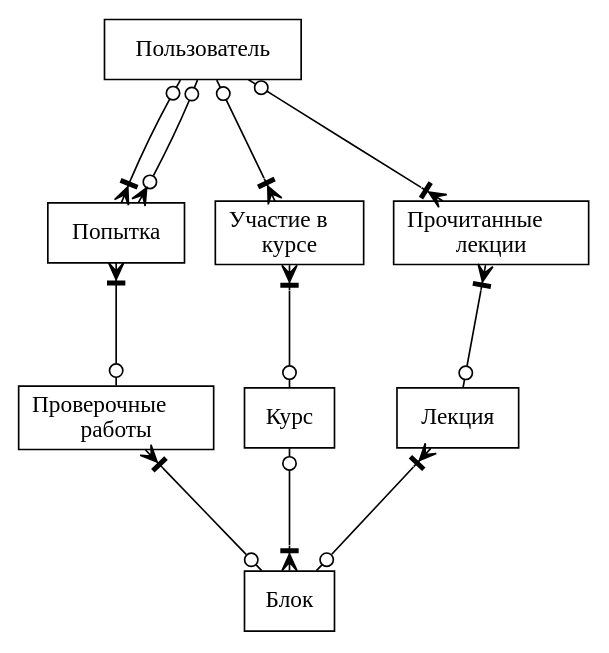
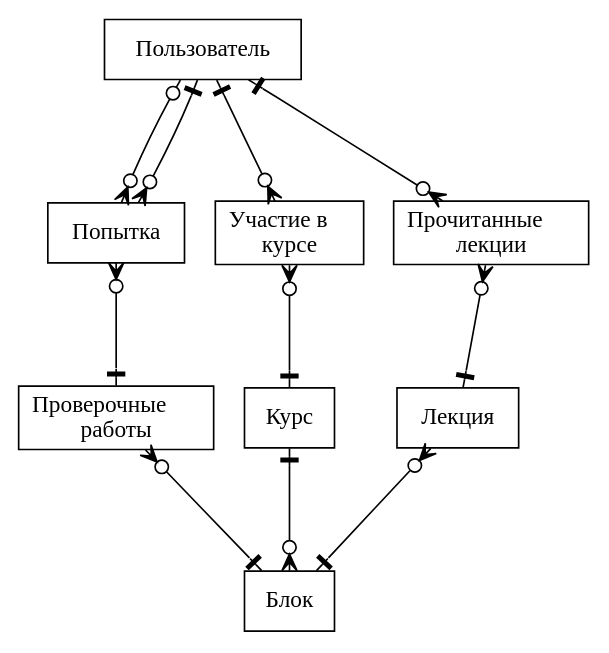
The diagram in Text/schemas/RDB.dot (AsciiShell/DB_project), drawn with Graphviz before and after one commit. The commit also changed 1 other file, not shown here.

```diff
--- a/Text/schemas/RDB.dot
+++ b/Text/schemas/RDB.dot
@@ -1,27 +1,27 @@
 digraph ERD {
   ranksep=1;
 
   User [ label="{<F> Пользователь}" shape = "record" ];
   Course [ label="{<F> Курс}" shape = "record" ];
   Block [ label="{<F> Блок}" shape = "record" ];
   Task [ label="{<F> Проверочные\l работы}" shape = "record" ];
   Solution [ label="{<F> Попытка}" shape = "record" ];
   Lecture [ label="{<F> Лекция}" shape = "record" ];
   CourseEnroll [ label="{<F> Участие&nbsp;в\l курсе}" shape = "record" ];
   LectureReaded [ label="{<F> Прочитанные \l лекции}" shape = "record" ];
  
-  User->CourseEnroll [arrowhead = crowotee, arrowtail = noneodot, dir=both];
-  User->LectureReaded[arrowhead = crowotee, arrowtail = noneodot, dir=both];
-  User->Solution[arrowhead = crowotee, arrowtail = noneodot, dir=both];
+  User->CourseEnroll [arrowhead = crowodot, arrowtail = noneotee, dir=both];
+  User->LectureReaded[arrowhead = crowodot, arrowtail = noneotee, dir=both];
   User->Solution[arrowhead = crowodot, arrowtail = noneodot, dir=both];
+  User->Solution[arrowhead = crowodot, arrowtail = noneotee, dir=both];
   
-  Solution->Task[arrowhead = noneodot, arrowtail = crowotee, dir=both];
-  CourseEnroll->Course [arrowhead = noneodot, arrowtail = crowotee, dir=both];
-  LectureReaded->Lecture[arrowhead = noneodot, arrowtail = crowotee, dir=both];
+  Solution->Task[arrowhead = noneotee, arrowtail = crowodot, dir=both];
+  CourseEnroll->Course [arrowhead = noneotee, arrowtail = crowodot, dir=both];
+  LectureReaded->Lecture[arrowhead = noneotee, arrowtail = crowodot, dir=both];
   
-  Task->Block[arrowhead = noneodot, arrowtail = crowotee, dir=both];
-  Course->Block[arrowhead = crowotee, arrowtail = noneodot, dir=both];
-  Lecture->Block[arrowhead = noneodot, arrowtail = crowotee, dir=both];
+  Task->Block[arrowhead = noneotee, arrowtail = crowodot, dir=both];
+  Course->Block[arrowhead = crowodot, arrowtail = noneotee, dir=both];
+  Lecture->Block[arrowhead = noneotee, arrowtail = crowodot, dir=both];
   
   { rank=same; Solution CourseEnroll LectureReaded }
 }
```
